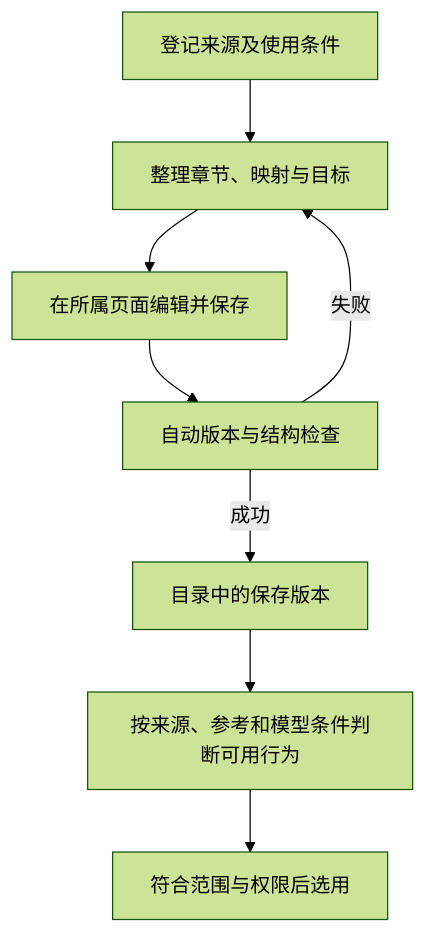
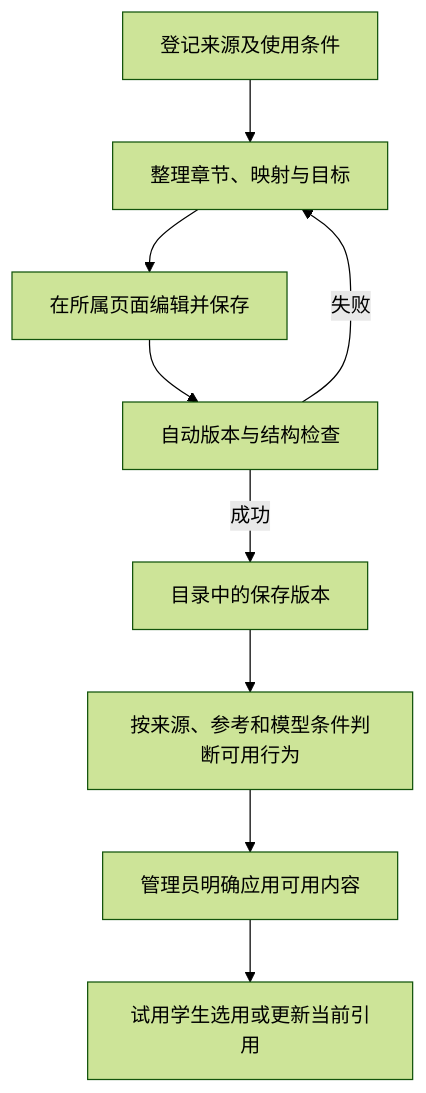
Before and after one commit to ivgotcrazy/deermind: the second of 3 diagrams in doc/mvp/phase-4-product-and-domain-foundation/MVP_Domain_and_Content_Foundation.md, drawn with Mermaid (forest theme). The commit also changed other lines of this file and 231 other files, not shown here.

````diff
--- a/doc/mvp/phase-4-product-and-domain-foundation/MVP_Domain_and_Content_Foundation.md
+++ b/doc/mvp/phase-4-product-and-domain-foundation/MVP_Domain_and_Content_Foundation.md
@@ -131,10 +202,11 @@
 ```mermaid
 flowchart TB
   A[登记来源及使用条件] --> B[整理章节、映射与目标]
   B --> C[在所属页面编辑并保存]
   C --> D[自动版本与结构检查]
   D -->|失败| B
   D -->|成功| E[目录中的保存版本]
   E --> F[按来源、参考和模型条件判断可用行为]
-  F --> G[符合范围与权限后选用]
+  F --> G[管理员明确应用可用内容]
+  G --> H[试用学生选用或更新当前引用]
 ```
````
